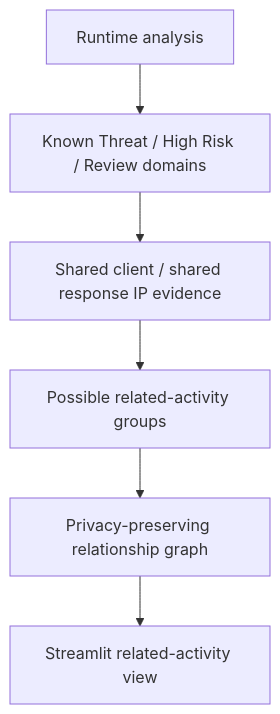
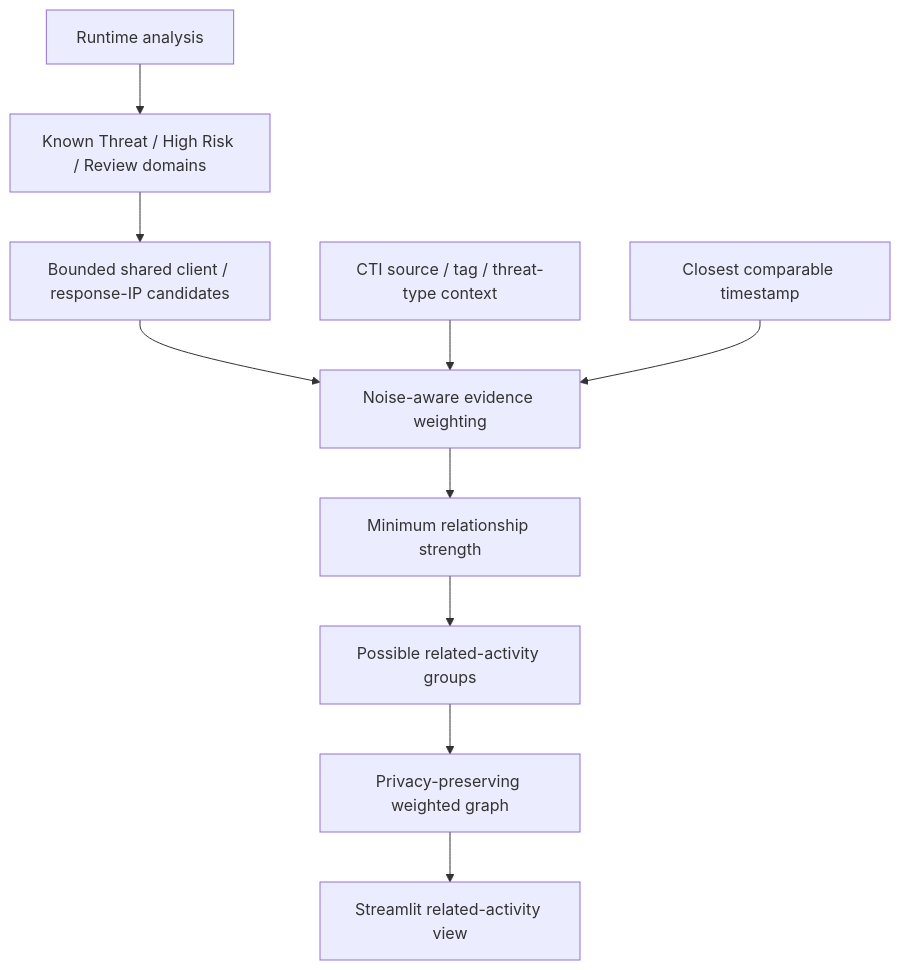
The fifth of 6 diagrams in docs/ARCHITECTURE.md (ConquestorYa/threatfusion-ai), drawn with Mermaid before and after one commit. The commit also changed other lines of this file, not shown here.

Commit message:
docs: describe weighted related-activity model

````diff
--- a/docs/ARCHITECTURE.md
+++ b/docs/ARCHITECTURE.md
@@ -90,8 +90,12 @@
 ```mermaid
 flowchart TD
     Runtime[Runtime analysis] --> Suspicious[Known Threat / High Risk / Review domains]
-    Suspicious --> Evidence[Shared client / shared response IP evidence]
-    Evidence --> Cluster[Possible related-activity groups]
-    Cluster --> Graph[Privacy-preserving relationship graph]
+    Suspicious --> Candidate[Bounded shared client / response-IP candidates]
+    Candidate --> Weight[Noise-aware evidence weighting]
+    CTI[CTI source / tag / threat-type context] --> Weight
+    Time[Closest comparable timestamp] --> Weight
+    Weight --> Filter[Minimum relationship strength]
+    Filter --> Cluster[Possible related-activity groups]
+    Cluster --> Graph[Privacy-preserving weighted graph]
     Graph --> Dashboard[Streamlit related-activity view]
 ```
````
